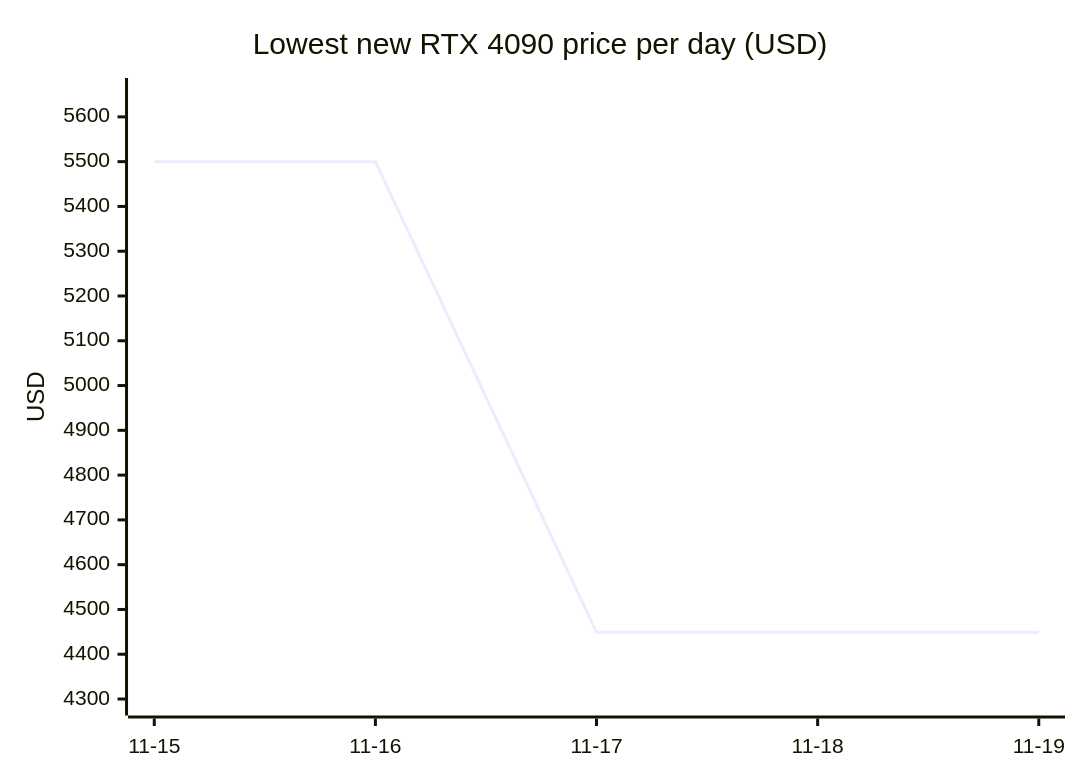
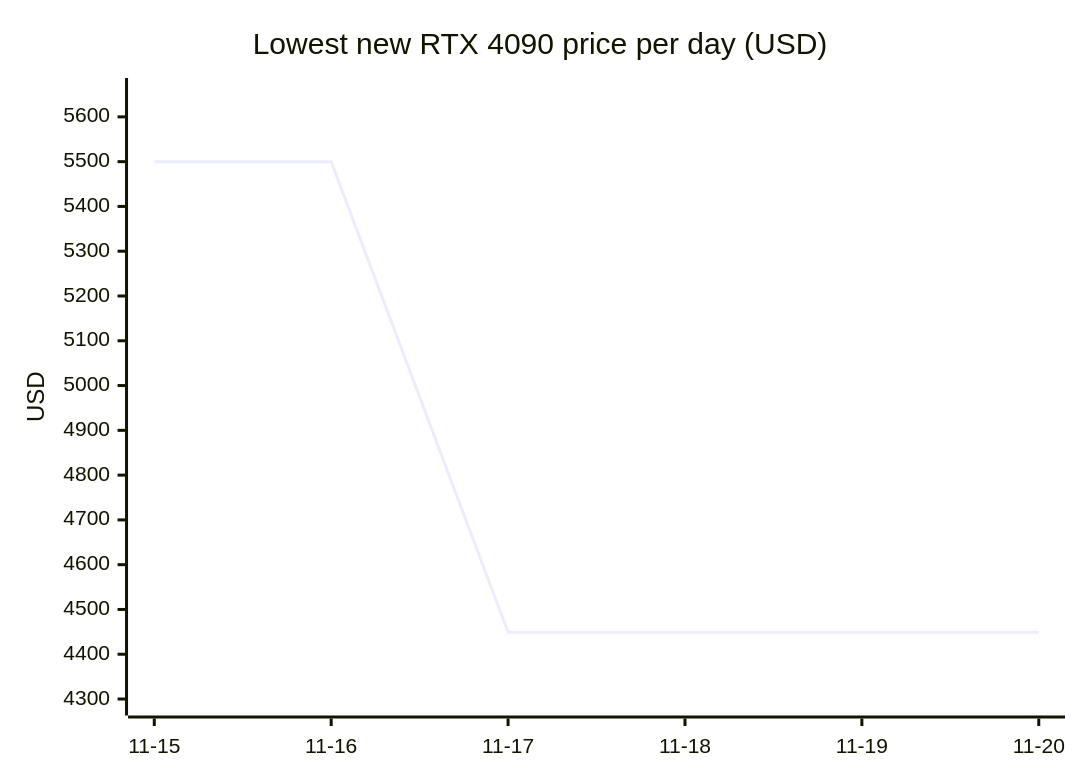
The seventh of 18 diagrams in README.md (7324136828/4tb_ssd_price_watch), drawn with Mermaid before and after one commit. The commit also changed other lines of this file, not shown here.

````diff
--- a/README.md
+++ b/README.md
@@ -728,7 +764,7 @@
 ```mermaid
 xychart-beta
     title "Lowest new RTX 4090 price per day (USD)"
-    x-axis ["11-15", "11-16", "11-17", "11-18", "11-19"]
+    x-axis ["11-15", "11-16", "11-17", "11-18", "11-19", "11-20"]
     y-axis "USD" 4290 --> 5660
-    line [5500.00, 5500.00, 4449.00, 4449.00, 4449.00]
+    line [5500.00, 5500.00, 4449.00, 4449.00, 4449.00, 4449.00]
 ```
````
